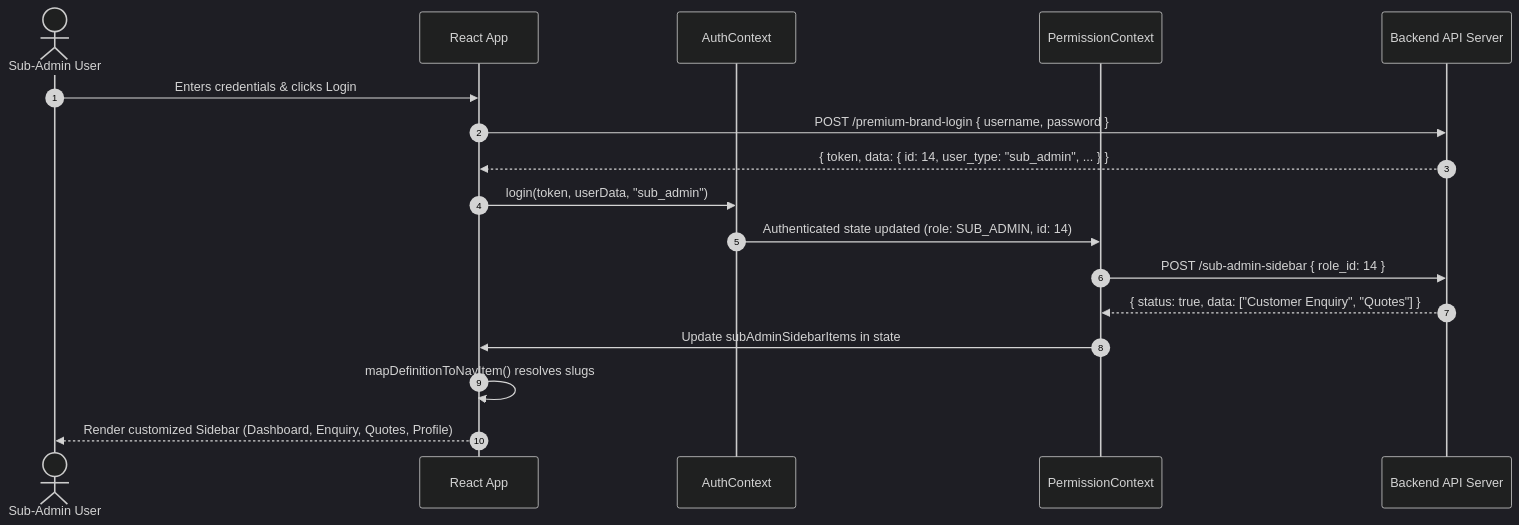
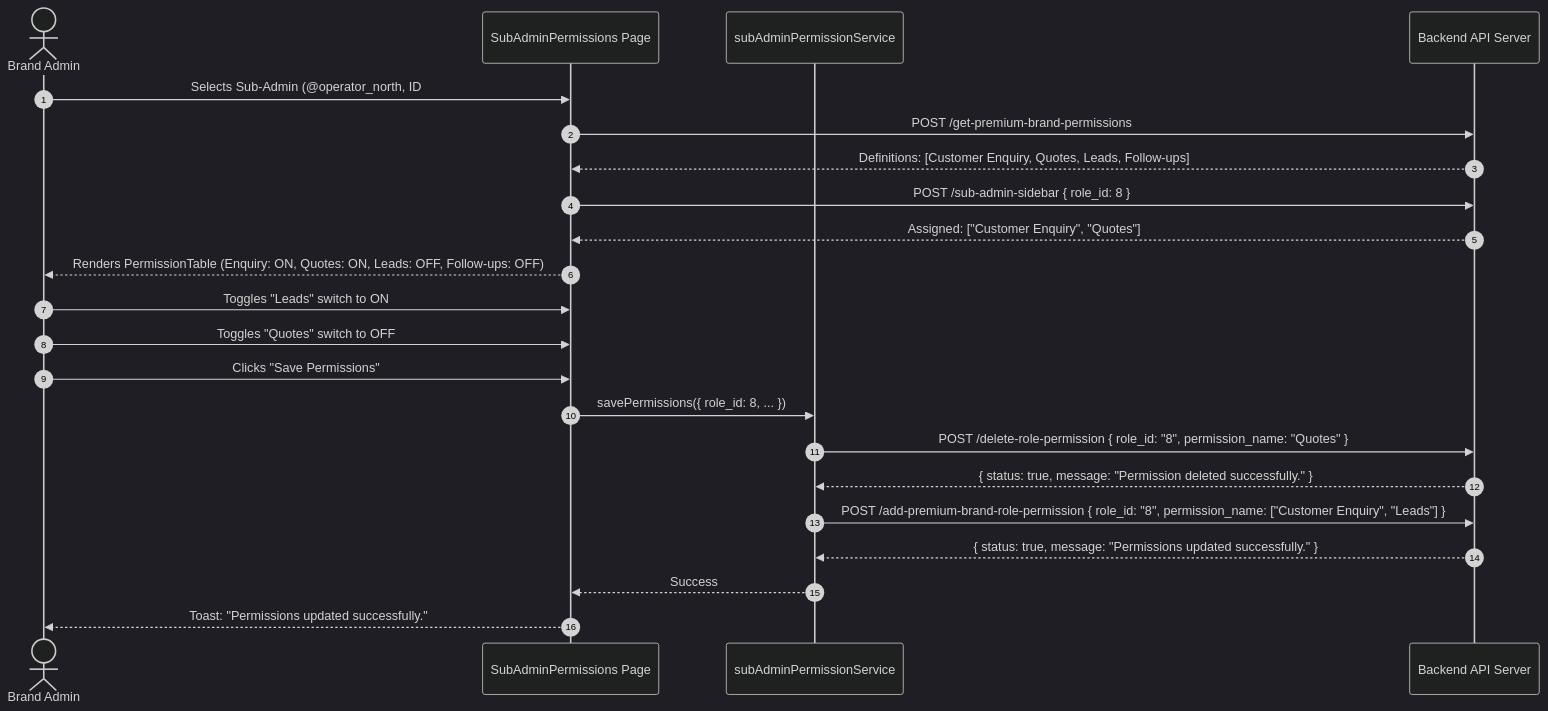
Before and after one commit to DevEquipments/partners-brand: the second of 3 diagrams in DOCUMENTATION.md, drawn with Mermaid (dark theme). The commit also changed other lines of this file and 26 other files, not shown here.

````diff
--- a/DOCUMENTATION.md
+++ b/DOCUMENTATION.md
@@ -601,20 +983,26 @@
 ```mermaid
 sequenceDiagram
     autonumber
-    actor User as Sub-Admin User
-    participant Browser as React App
-    participant Auth as AuthContext
-    participant Perm as PermissionContext
+    actor Admin as Brand Admin
+    participant UI as SubAdminPermissions Page
+    participant Service as subAdminPermissionService
     participant API as Backend API Server
 
-    User->>Browser: Enters credentials & clicks Login
-    Browser->>API: POST /premium-brand-login { username, password }
-    API-->>Browser: { token, data: { id: 14, user_type: "sub_admin", ... } }
-    Browser->>Auth: login(token, userData, "sub_admin")
-    Auth->>Perm: Authenticated state updated (role: SUB_ADMIN, id: 14)
-    Perm->>API: POST /sub-admin-sidebar { role_id: 14 }
-    API-->>Perm: { status: true, data: ["Customer Enquiry", "Quotes"] }
-    Perm->>Browser: Update subAdminSidebarItems in state
-    Browser->>Browser: mapDefinitionToNavItem() resolves slugs
-    Browser-->>User: Render customized Sidebar (Dashboard, Enquiry, Quotes, Profile)
+    Admin->>UI: Selects Sub-Admin (@operator_north, ID #8)
+    UI->>API: POST /get-premium-brand-permissions
+    API-->>UI: Definitions: [Customer Enquiry, Quotes, Leads, Follow-ups]
+    UI->>API: POST /sub-admin-sidebar { role_id: 8 }
+    API-->>UI: Assigned: ["Customer Enquiry", "Quotes"]
+    UI-->>Admin: Renders PermissionTable (Enquiry: ON, Quotes: ON, Leads: OFF, Follow-ups: OFF)
+
+    Admin->>UI: Toggles "Leads" switch to ON
+    Admin->>UI: Toggles "Quotes" switch to OFF
+    Admin->>UI: Clicks "Save Permissions"
+    UI->>Service: savePermissions({ role_id: 8, ... })
+    Service->>API: POST /delete-role-permission { role_id: "8", permission_name: "Quotes" }
+    API-->>Service: { status: true, message: "Permission deleted successfully." }
+    Service->>API: POST /add-premium-brand-role-permission { role_id: "8", permission_name: ["Customer Enquiry", "Leads"] }
+    API-->>Service: { status: true, message: "Permissions updated successfully." }
+    Service-->>UI: Success
+    UI-->>Admin: Toast: "Permissions updated successfully."
 ```
````
